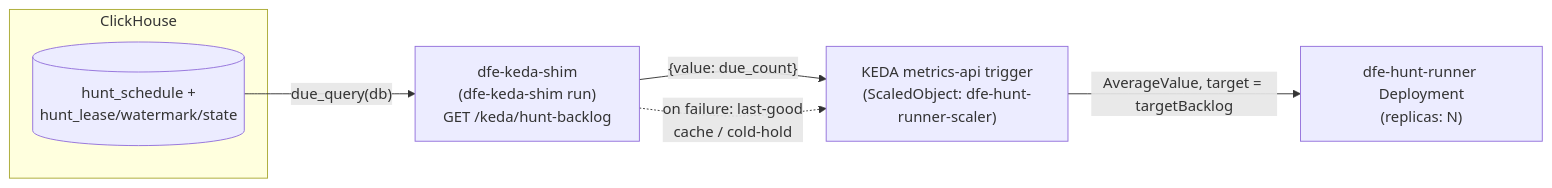
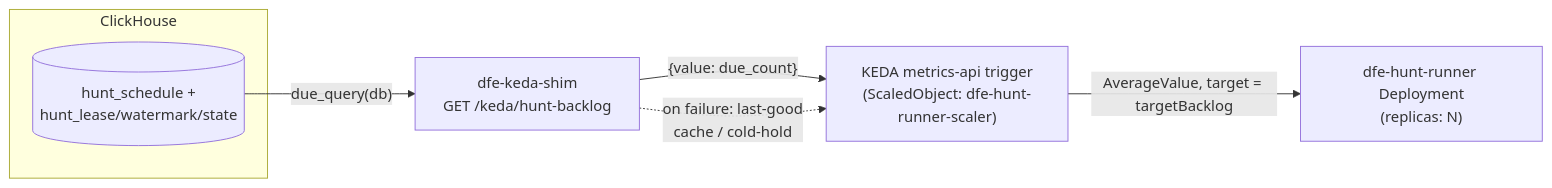
Before and after one commit to hyperi-io/dfe-engine: the diagram in docs/data-plane/hunt-runner-scaling.md, drawn with Mermaid. The commit also changed other lines of this file and 5 other files, not shown here.

````diff
--- a/docs/data-plane/hunt-runner-scaling.md
+++ b/docs/data-plane/hunt-runner-scaling.md
@@ -187,13 +78,13 @@
 ```mermaid
 flowchart LR
     subgraph CH["ClickHouse"]
         hs[("hunt_schedule +\nhunt_lease/watermark/state")]
     end
-    shim["dfe-keda-shim\n(dfe-keda-shim run)\nGET /keda/hunt-backlog"]
+    shim["dfe-keda-shim\nGET /keda/hunt-backlog"]
     ko["KEDA metrics-api trigger\n(ScaledObject: dfe-hunt-runner-scaler)"]
     hr["dfe-hunt-runner Deployment\n(replicas: N)"]
     hs -->|"due_query(db)"| shim
     shim -->|"{value: due_count}"| ko
     ko -->|"AverageValue, target = targetBacklog"| hr
     shim -. "on failure: last-good\ncache / cold-hold" .-> ko
 ```
````
